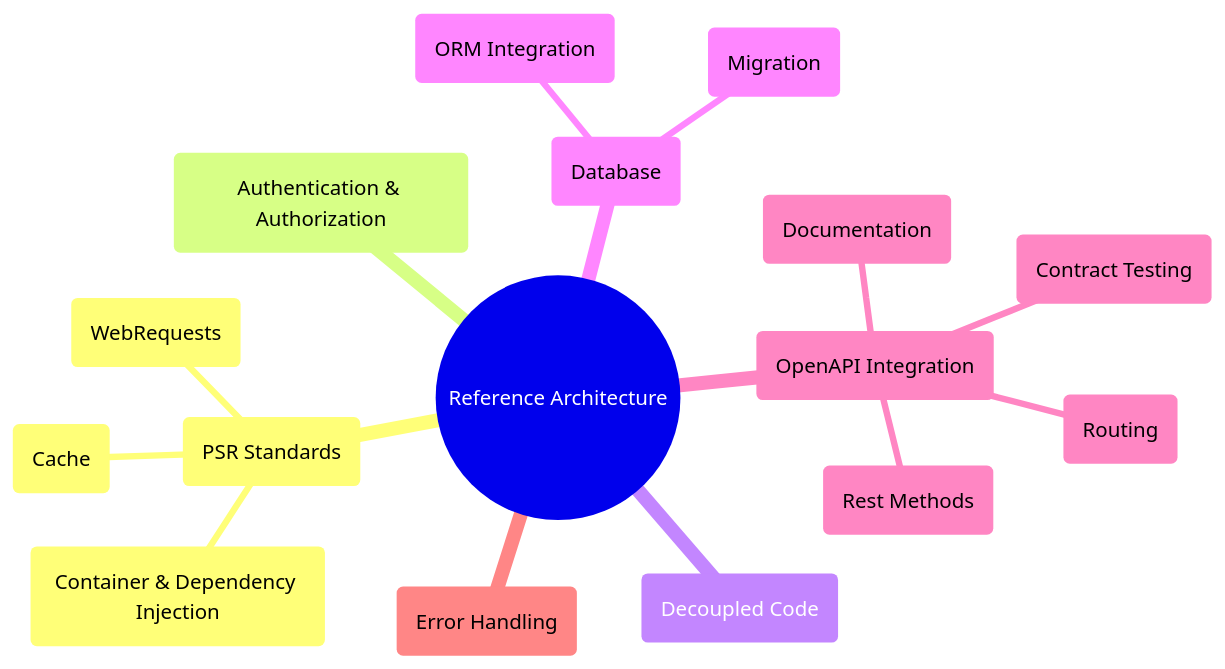
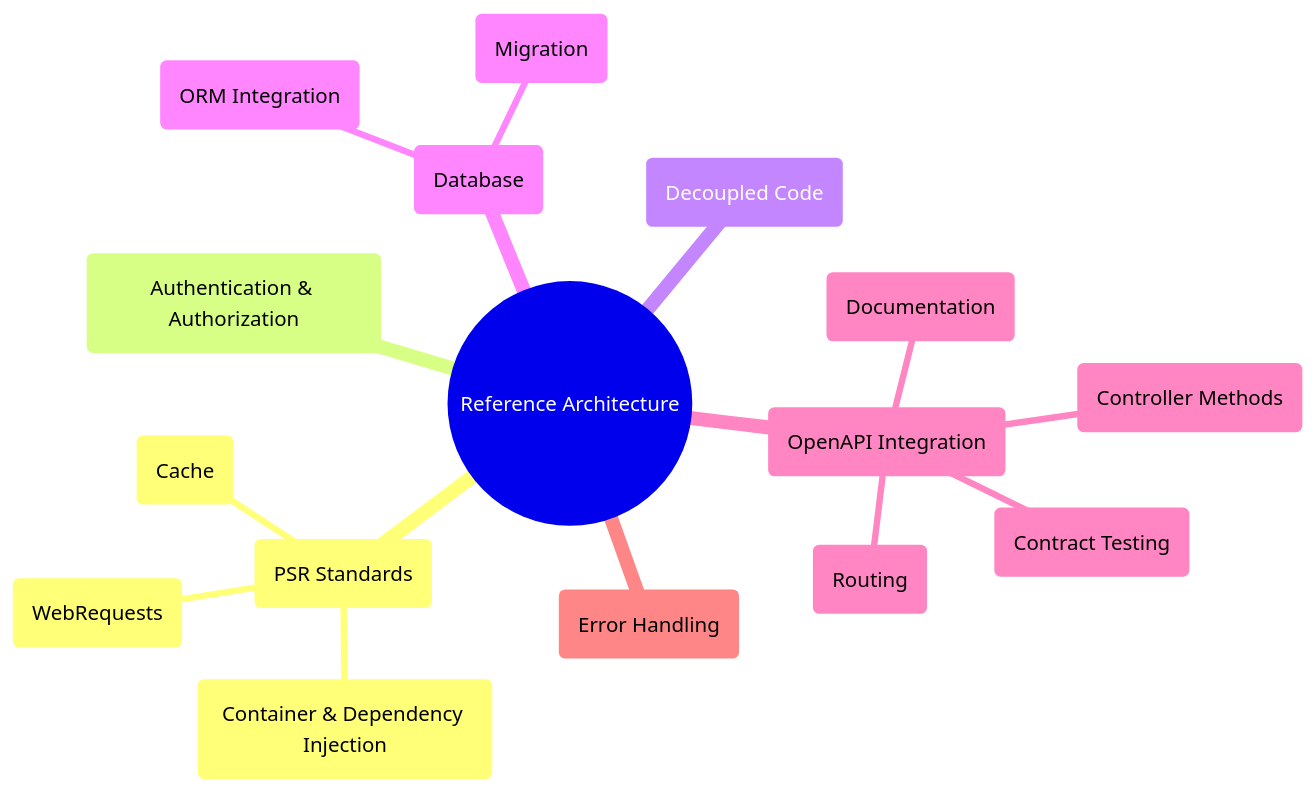
One commit to byjg/php-rest-reference-architecture changed the diagram in README.md. Above: the diagram before and after it, drawn with Mermaid. The commit also changed 35 other files, not shown here.

First line of the commit message:
Rename Rest layer to Controller and upgrade to PHP 8.5.

````diff
--- a/README.md
+++ b/README.md
@@ -39,19 +39,19 @@
 ```mermaid
 mindmap
   (("Reference Architecture"))
     ("PSR Standards")
       ("WebRequests")
       ("Container & Dependency Injection")
       ("Cache")
     ("Authentication & Authorization")
     ("Decoupled Code")
     ("Database")
       ("ORM Integration")
       ("Migration")
     ("OpenAPI Integration")
       ("Routing")
-      ("Rest Methods")
+      ("Controller Methods")
       ("Contract Testing")
       ("Documentation")
     ("Error Handling")
 ```
````
